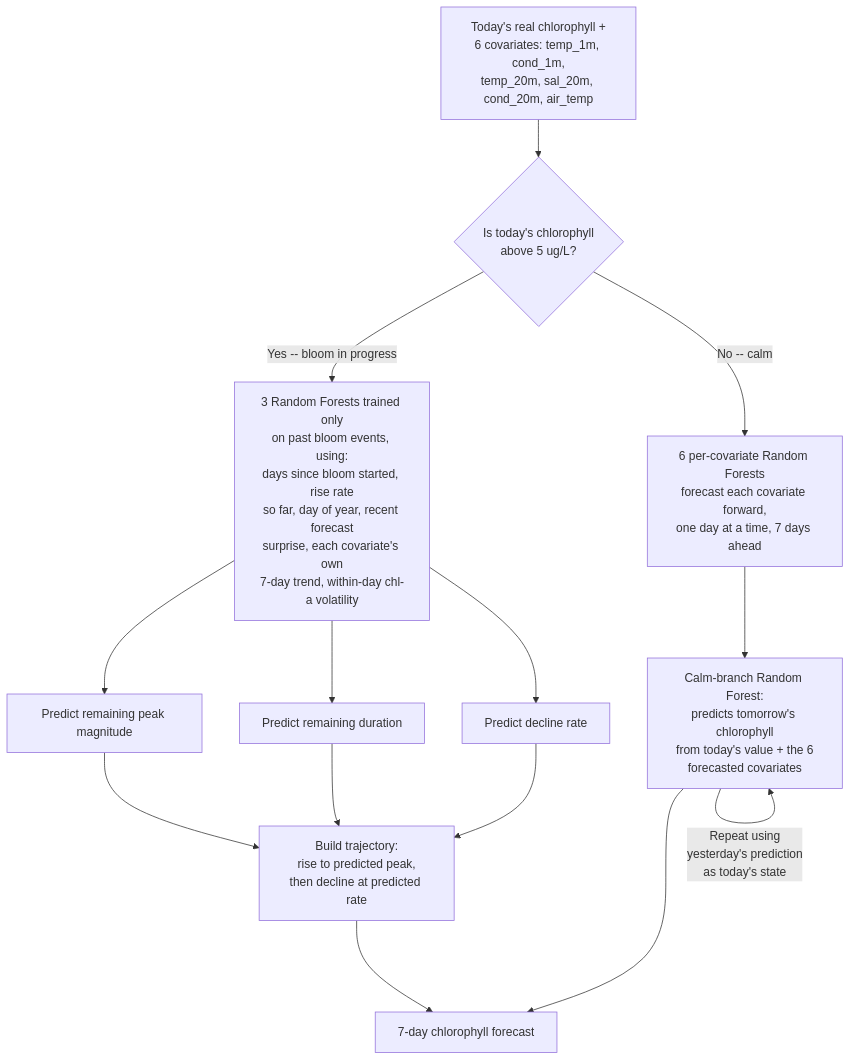
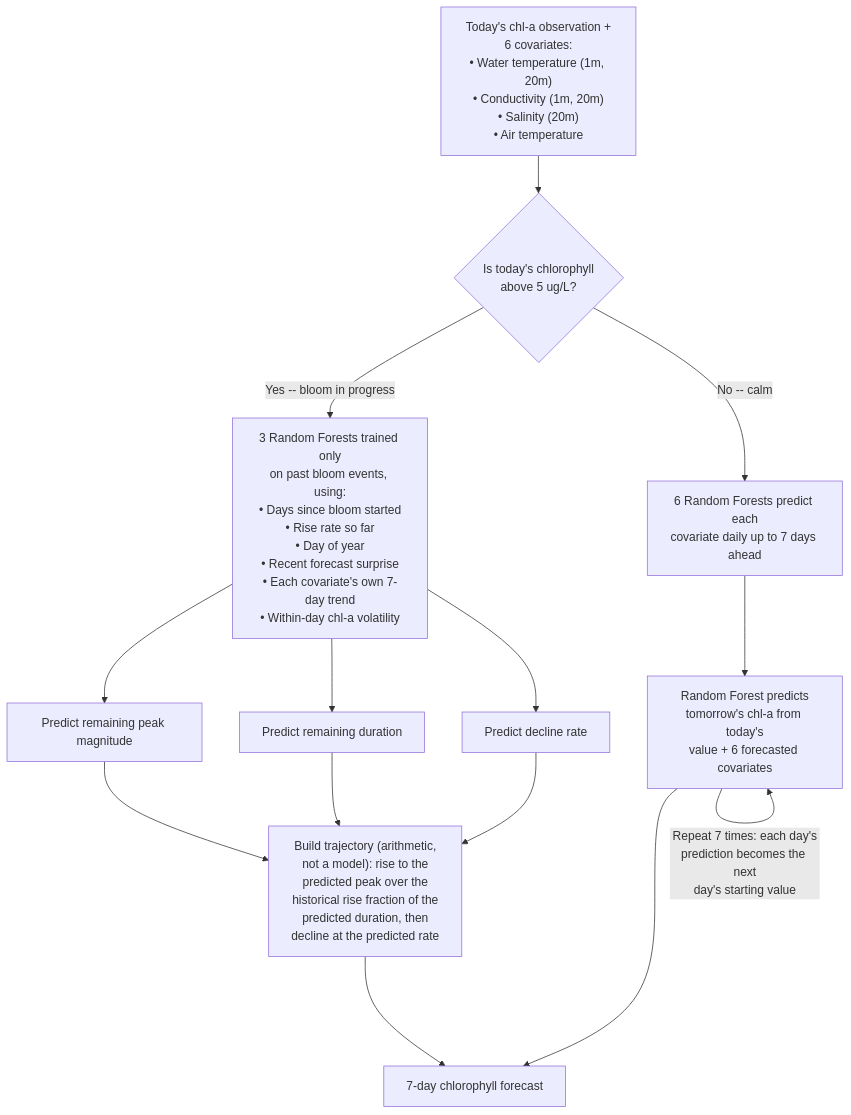
One commit to cami-webb/BloomBoard changed the diagram in dashboard/documentation.qmd. Above: the diagram before and after it, drawn with Mermaid.

Commit message:
Reformat diagram node text with bullets, clarify trajectory step
- Covariate/feature lists now use bullet points instead of comma runs
- Fixed covariate grouping: added missing air_temp, corrected
  "Salinity (1m, 20m)" to "Salinity (20m)" since there's no sal_1m
  in the actual configured set
- Trajectory box now states explicitly it's arithmetic, not a model
- Simplified covariate-forecast and calm-branch box wording

````diff
--- a/dashboard/documentation.qmd
+++ b/dashboard/documentation.qmd
@@ -7,19 +7,19 @@
 ```{mermaid}
 flowchart TD
-    A[Today's real chlorophyll +<br/>6 covariates: temp_1m, cond_1m,<br/>temp_20m, sal_20m, cond_20m, air_temp]
+    A["Today's chl-a observation +<br/>6 covariates:<br/>&bull; Water temperature (1m, 20m)<br/>&bull; Conductivity (1m, 20m)<br/>&bull; Salinity (20m)<br/>&bull; Air temperature"]
     A --> Q{Is today's chlorophyll<br/>above 5 ug/L?}
 
-    Q -->|Yes -- bloom in progress| BM[3 Random Forests trained only<br/>on past bloom events, using:<br/>days since bloom started, rise rate<br/>so far, day of year, recent forecast<br/>surprise, each covariate's own<br/>7-day trend, within-day chl-a volatility]
+    Q -->|Yes -- bloom in progress| BM["3 Random Forests trained only<br/>on past bloom events, using:<br/>&bull; Days since bloom started<br/>&bull; Rise rate so far<br/>&bull; Day of year<br/>&bull; Recent forecast surprise<br/>&bull; Each covariate's own 7-day trend<br/>&bull; Within-day chl-a volatility"]
     BM --> BM1[Predict remaining peak magnitude]
     BM --> BM2[Predict remaining duration]
     BM --> BM3[Predict decline rate]
-    BM1 --> TRAJ[Build trajectory:<br/>rise to predicted peak,<br/>then decline at predicted rate]
+    BM1 --> TRAJ["Build trajectory (arithmetic,<br/>not a model): rise to the<br/>predicted peak over the<br/>historical rise fraction of the<br/>predicted duration, then<br/>decline at the predicted rate"]
     BM2 --> TRAJ
     BM3 --> TRAJ
     TRAJ --> OUT[7-day chlorophyll forecast]
 
-    Q -->|No -- calm| CFC[6 per-covariate Random Forests<br/>forecast each covariate forward,<br/>one day at a time, 7 days ahead]
-    CFC --> CM[Calm-branch Random Forest:<br/>predicts tomorrow's chlorophyll<br/>from today's value + the 6<br/>forecasted covariates]
-    CM -->|Repeat using<br/>yesterday's prediction<br/>as today's state| CM
+    Q -->|No -- calm| CFC[6 Random Forests predict each<br/>covariate daily up to 7 days ahead]
+    CFC --> CM[Random Forest predicts<br/>tomorrow's chl-a from today's<br/>value + 6 forecasted covariates]
+    CM -->|Repeat 7 times: each day's<br/>prediction becomes the next<br/>day's starting value| CM
     CM --> OUT
 ```
````
